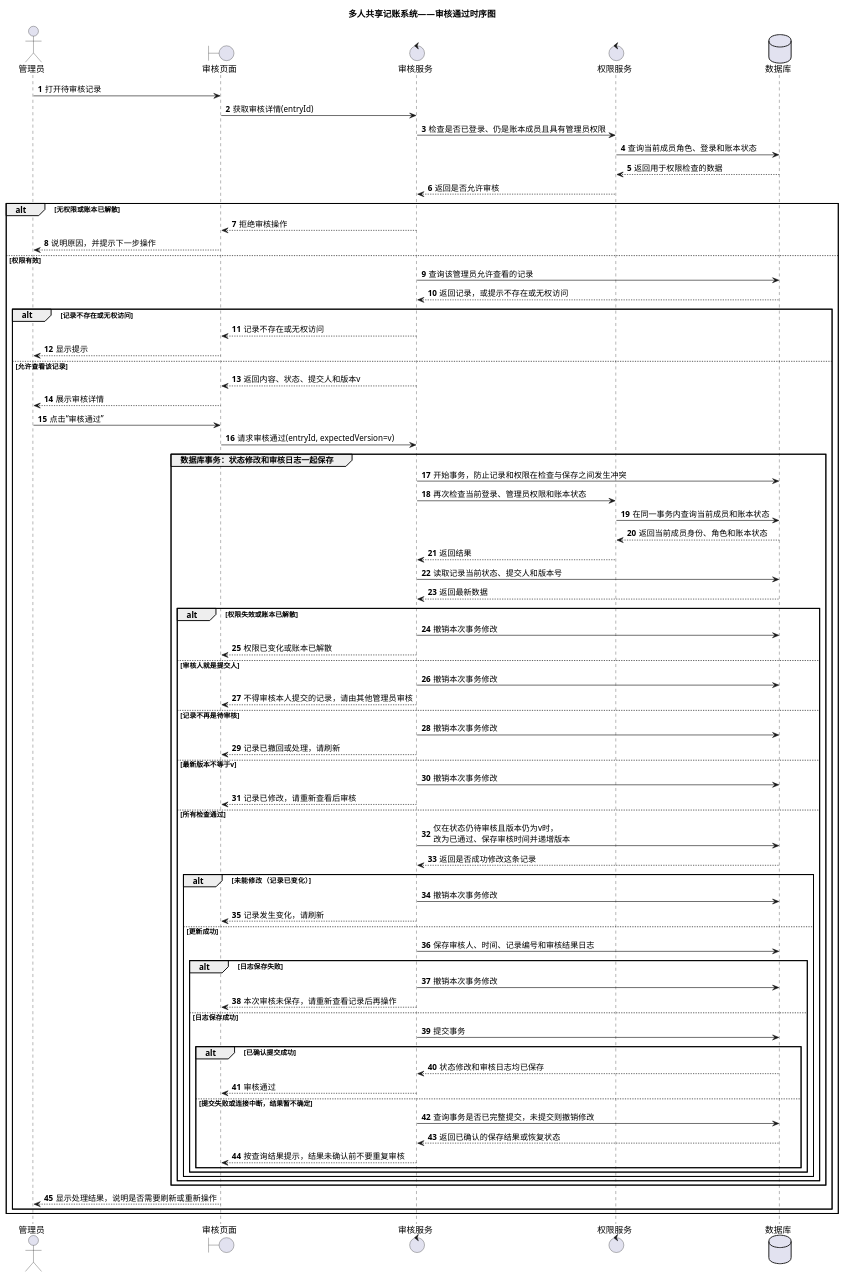
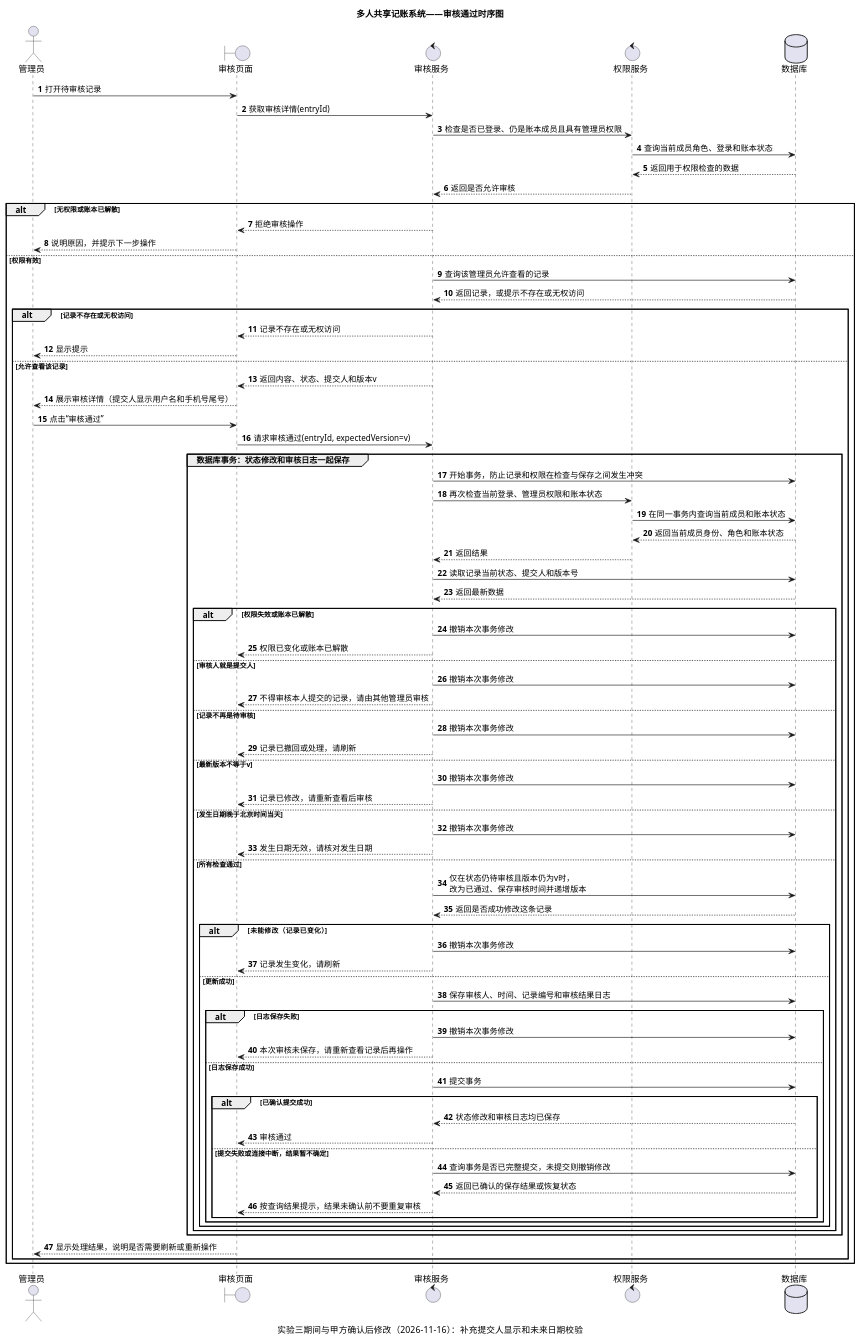
Before and after one commit to catherine0223/software-engineering-lab: the diagram in 实验2/UML/UML时序图.puml, drawn with PlantUML. The commit also changed 8 other files, not shown here.

```diff
--- a/实验2/UML/UML时序图.puml
+++ b/实验2/UML/UML时序图.puml
@@ -1,87 +1,91 @@
 @startuml
 title 多人共享记账系统——审核通过时序图
 autonumber
+caption 实验三期间与甲方确认后修改（2026-11-16）：补充提交人显示和未来日期校验
 
 actor "管理员" as Admin
 boundary "审核页面" as Page
 control "审核服务" as Review
 control "权限服务" as Access
 database "数据库" as DB
 
 Admin -> Page : 打开待审核记录
 Page -> Review : 获取审核详情(entryId)
 Review -> Access : 检查是否已登录、仍是账本成员且具有管理员权限
 Access -> DB : 查询当前成员角色、登录和账本状态
 DB --> Access : 返回用于权限检查的数据
 Access --> Review : 返回是否允许审核
 
 alt 无权限或账本已解散
   Review --> Page : 拒绝审核操作
   Page --> Admin : 说明原因，并提示下一步操作
 else 权限有效
   Review -> DB : 查询该管理员允许查看的记录
   DB --> Review : 返回记录，或提示不存在或无权访问
 
   alt 记录不存在或无权访问
     Review --> Page : 记录不存在或无权访问
     Page --> Admin : 显示提示
   else 允许查看该记录
     Review --> Page : 返回内容、状态、提交人和版本v
-    Page --> Admin : 展示审核详情
+    Page --> Admin : 展示审核详情（提交人显示用户名和手机号尾号）
     Admin -> Page : 点击“审核通过”
     Page -> Review : 请求审核通过(entryId, expectedVersion=v)
 
     group 数据库事务：状态修改和审核日志一起保存
       Review -> DB : 开始事务，防止记录和权限在检查与保存之间发生冲突
       Review -> Access : 再次检查当前登录、管理员权限和账本状态
       Access -> DB : 在同一事务内查询当前成员和账本状态
       DB --> Access : 返回当前成员身份、角色和账本状态
       Access --> Review : 返回结果
 
       Review -> DB : 读取记录当前状态、提交人和版本号
       DB --> Review : 返回最新数据
 
       alt 权限失效或账本已解散
         Review -> DB : 撤销本次事务修改
         Review --> Page : 权限已变化或账本已解散
       else 审核人就是提交人
         Review -> DB : 撤销本次事务修改
         Review --> Page : 不得审核本人提交的记录，请由其他管理员审核
       else 记录不再是待审核
         Review -> DB : 撤销本次事务修改
         Review --> Page : 记录已撤回或处理，请刷新
       else 最新版本不等于v
         Review -> DB : 撤销本次事务修改
         Review --> Page : 记录已修改，请重新查看后审核
+      else 发生日期晚于北京时间当天
+        Review -> DB : 撤销本次事务修改
+        Review --> Page : 发生日期无效，请核对发生日期
       else 所有检查通过
         Review -> DB : 仅在状态仍待审核且版本仍为v时，\n改为已通过、保存审核时间并递增版本
         DB --> Review : 返回是否成功修改这条记录
 
         alt 未能修改（记录已变化）
           Review -> DB : 撤销本次事务修改
           Review --> Page : 记录发生变化，请刷新
         else 更新成功
           Review -> DB : 保存审核人、时间、记录编号和审核结果日志
 
           alt 日志保存失败
             Review -> DB : 撤销本次事务修改
             Review --> Page : 本次审核未保存，请重新查看记录后再操作
           else 日志保存成功
             Review -> DB : 提交事务
             alt 已确认提交成功
               DB --> Review : 状态修改和审核日志均已保存
               Review --> Page : 审核通过
             else 提交失败或连接中断，结果暂不确定
               Review -> DB : 查询事务是否已完整提交，未提交则撤销修改
               DB --> Review : 返回已确认的保存结果或恢复状态
               Review --> Page : 按查询结果提示，结果未确认前不要重复审核
             end
           end
         end
       end
     end
 
     Page --> Admin : 显示处理结果，说明是否需要刷新或重新操作
   end
 end
 @enduml
```
